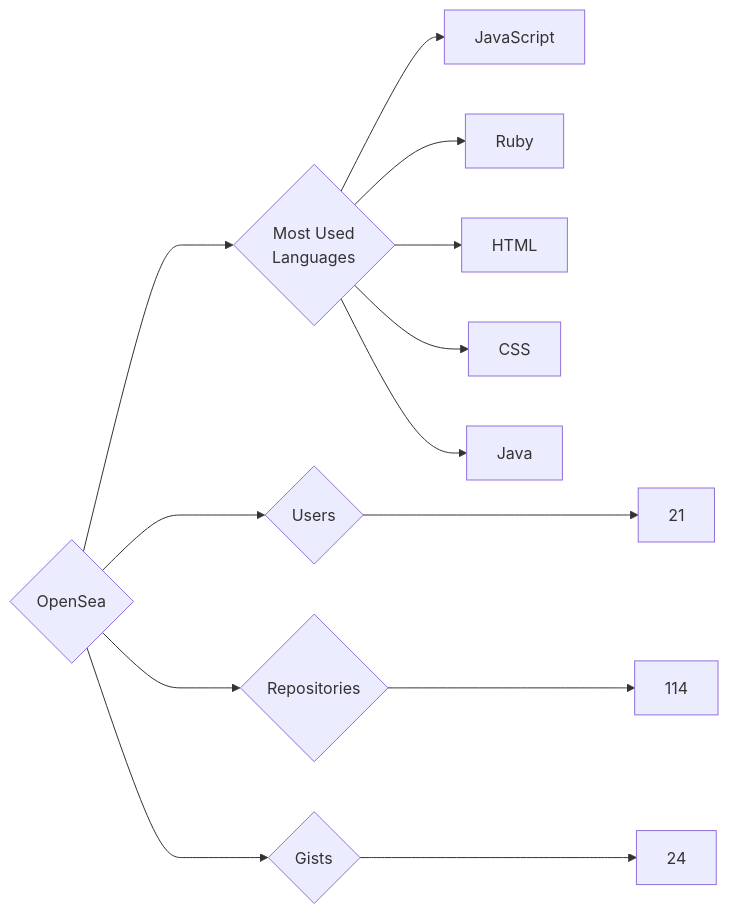
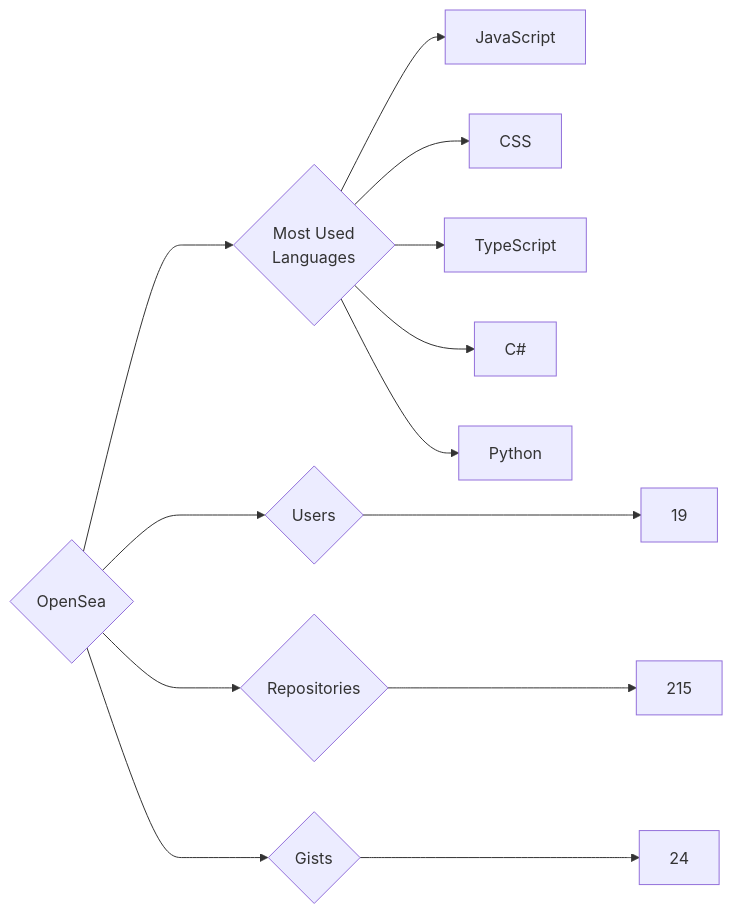
The diagram in targets/OpenSea/README.md (trickest/insiders), drawn with Mermaid before and after one commit. The commit also changed 725 other files, not shown here.

````diff
--- a/targets/OpenSea/README.md
+++ b/targets/OpenSea/README.md
@@ -3,13 +3,13 @@
 ```mermaid
 graph LR
 COMPANY_NAME{OpenSea}
-COMPANY_NAME ---> U{Users} ---> UN[21]
-COMPANY_NAME ---> R{Repositories} ---> RN[114]
+COMPANY_NAME ---> U{Users} ---> UN[19]
+COMPANY_NAME ---> R{Repositories} ---> RN[215]
 COMPANY_NAME ---> G{Gists} ---> GN[24]
 COMPANY_NAME ---> ML{Most Used<br>Languages}
 ML --> JavaScript[JavaScript]
-ML --> Ruby[Ruby]
-ML --> HTML[HTML]
 ML --> CSS[CSS]
-ML --> Java[Java]
+ML --> TypeScript[TypeScript]
+ML --> C#[C#]
+ML --> Python[Python]
 ```
````
